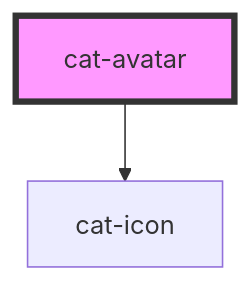
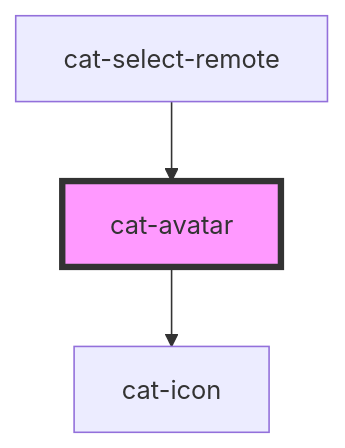
One commit to haiilo/catalyst changed the diagram in core/src/components/cat-avatar/readme.md. Above: the diagram before and after it, drawn with Mermaid. The commit also changed other lines of this file and 5 other files, not shown here.

Commit message:
feat(core): add avatar in single select

````diff
--- a/core/src/components/cat-avatar/readme.md
+++ b/core/src/components/cat-avatar/readme.md
@@ -39,5 +43,6 @@
 ```mermaid
 graph TD;
   cat-avatar --> cat-icon
+  cat-select-remote --> cat-avatar
   style cat-avatar fill:#f9f,stroke:#333,stroke-width:4px
 ```
````
